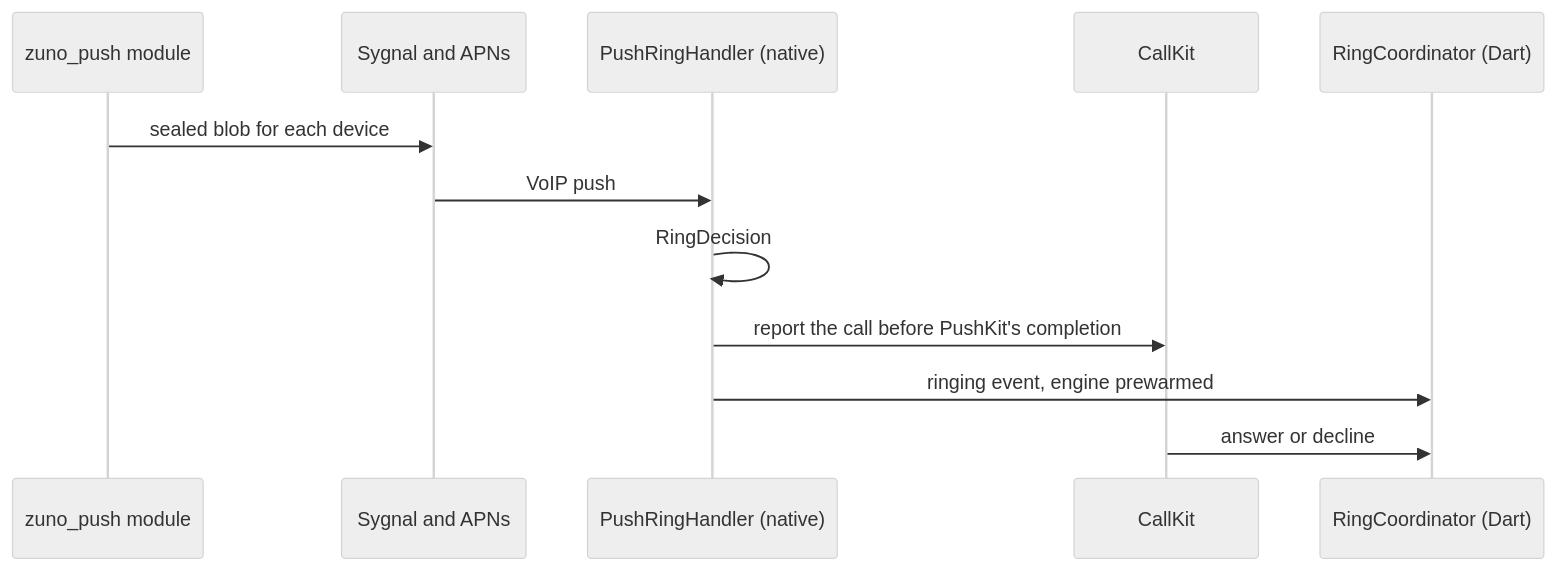
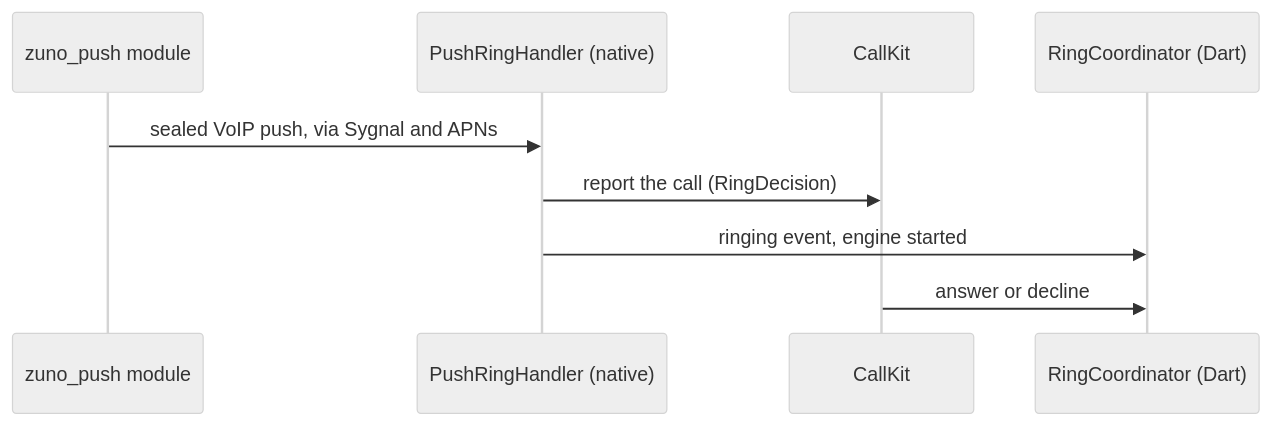
The fourth of 4 diagrams in docs/features/calls.md (Zuno-Chat/zuno-chat), drawn with Mermaid (neutral theme) before and after one commit. The commit also changed other lines of this file and 17 other files, not shown here.

````diff
--- a/docs/features/calls.md
+++ b/docs/features/calls.md
@@ -427,14 +274,11 @@
 ```mermaid
 sequenceDiagram
   participant P as zuno_push module
-  participant A as Sygnal and APNs
   participant N as PushRingHandler (native)
   participant K as CallKit
   participant D as RingCoordinator (Dart)
-  P->>A: sealed blob for each device
-  A->>N: VoIP push
-  N->>N: RingDecision
-  N->>K: report the call before PushKit's completion
-  N->>D: ringing event, engine prewarmed
+  P->>N: sealed VoIP push, via Sygnal and APNs
+  N->>K: report the call (RingDecision)
+  N->>D: ringing event, engine started
   K->>D: answer or decline
 ```
````
